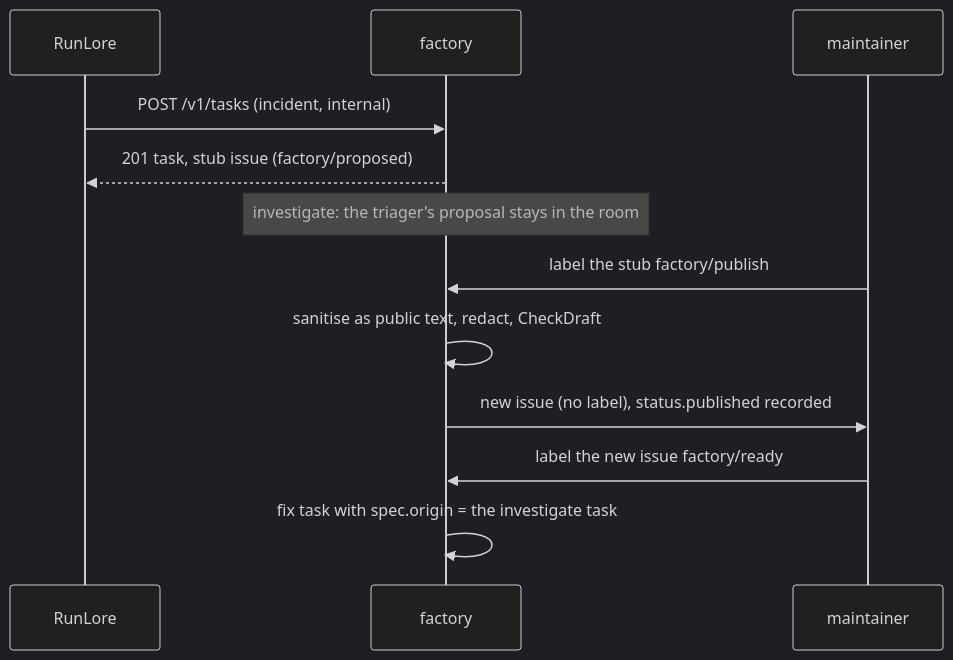
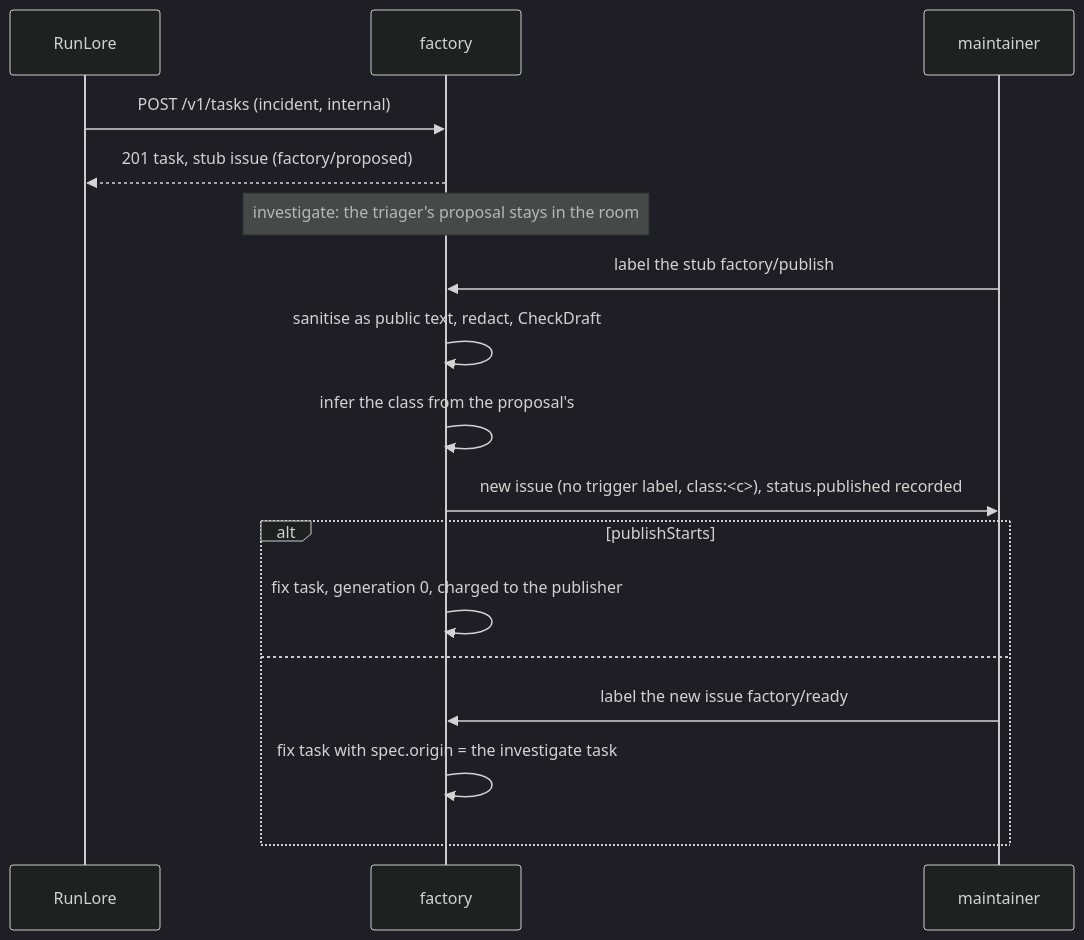
Before and after one commit to Smana/maku: the seventh of 8 diagrams in docs/factory.md, drawn with Mermaid (dark theme). The commit also changed other lines of this file and 31 other files, not shown here.

First line of the commit message:
feat(factory): room.monitor_verdict; factory/publish infers the class and can start the fix (#330)

````diff
--- a/docs/factory.md
+++ b/docs/factory.md
@@ -695,14 +696,19 @@
 ```mermaid
 sequenceDiagram
   participant R as RunLore
   participant F as factory
   participant M as maintainer
   R->>F: POST /v1/tasks (incident, internal)
   F-->>R: 201 task, stub issue (factory/proposed)
   Note over F: investigate: the triager's proposal stays in the room
   M->>F: label the stub factory/publish
   F->>F: sanitise as public text, redact, CheckDraft
-  F->>M: new issue (no label), status.published recorded
-  M->>F: label the new issue factory/ready
-  F->>F: fix task with spec.origin = the investigate task
+  F->>F: infer the class from the proposal's ## Files
+  F->>M: new issue (no trigger label, class:<c>), status.published recorded
+  alt publishStarts
+    F->>F: fix task, generation 0, charged to the publisher
+  else
+    M->>F: label the new issue factory/ready
+    F->>F: fix task with spec.origin = the investigate task
+  end
 ```
````
